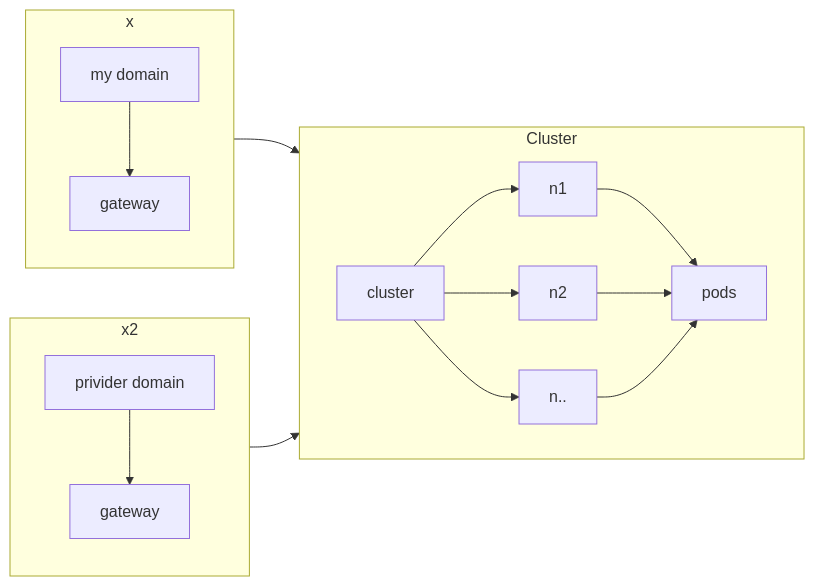
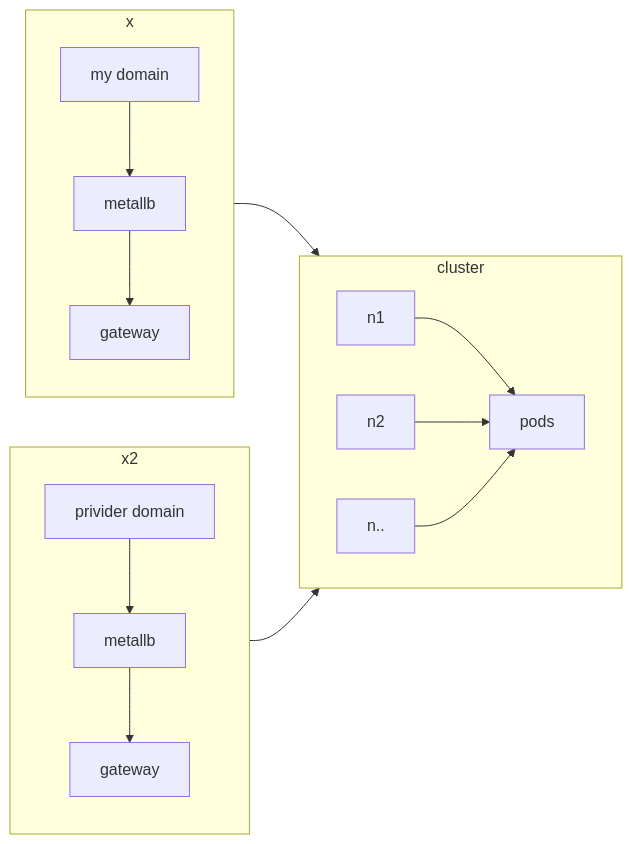
The third of 3 diagrams in operation/0-to-public-net-single-cluster.md (chanchan098/Docs), drawn with Mermaid before and after one commit. The commit also changed other lines of this file and 14 other files, not shown here.

````diff
--- a/operation/0-to-public-net-single-cluster.md
+++ b/operation/0-to-public-net-single-cluster.md
@@ -26,21 +36,21 @@
 ```mermaid
 flowchart  LR
     subgraph x
         direction TB
-        v[my domain] --> g1[gateway]
+        v[my domain] --> metallb --> g1[gateway]
     end
 
     subgraph x2
         direction TB
-        a[privider domain] --> g2[gateway]
+        a[privider domain] --> m2[metallb] --> g2[gateway]
     end
 
-    subgraph Cluster
+    subgraph cluster
         direction LR
-        cluster --> n1 & n2 & n.. --> pods
+        n1 & n2 & n.. --> pods
     end
-    x --> Cluster
+    x --> cluster
 
-    x2 --> Cluster
+    x2 --> cluster
 
 ```
````
